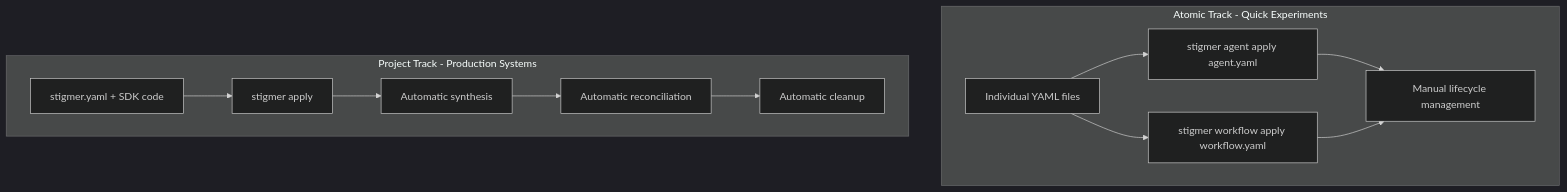
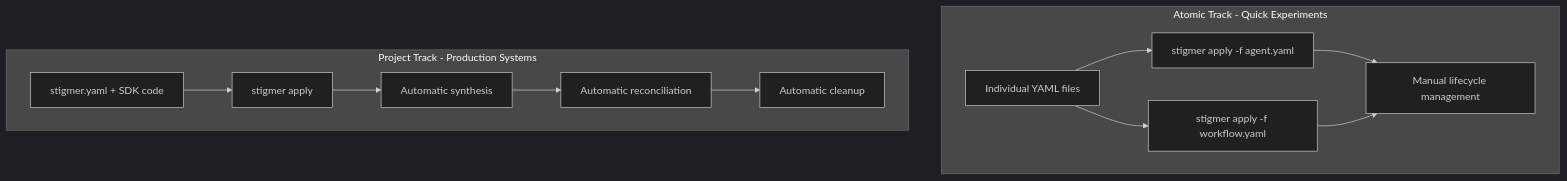
Before and after one commit to stigmer/stigmer: the second of 4 diagrams in docs/guides/stigmer-projects.md, drawn with Mermaid (dark theme). The commit also changed other lines of this file and 29 other files, not shown here.

````diff
--- a/docs/guides/stigmer-projects.md
+++ b/docs/guides/stigmer-projects.md
@@ -133,25 +133,25 @@
 ```mermaid
 flowchart TB
     subgraph atomic [Atomic Track - Quick Experiments]
         A1[Individual YAML files]
-        A2[stigmer agent apply agent.yaml]
-        A3[stigmer workflow apply workflow.yaml]
+        A2["stigmer apply -f agent.yaml"]
+        A3["stigmer apply -f workflow.yaml"]
         A4[Manual lifecycle management]
         A1 --> A2
         A1 --> A3
         A2 --> A4
         A3 --> A4
     end
     
     subgraph project [Project Track - Production Systems]
         P1[stigmer.yaml + SDK code]
         P2[stigmer apply]
         P3[Automatic synthesis]
         P4[Automatic reconciliation]
         P5[Automatic cleanup]
         P1 --> P2
         P2 --> P3
         P3 --> P4
         P4 --> P5
     end
 ```
````
